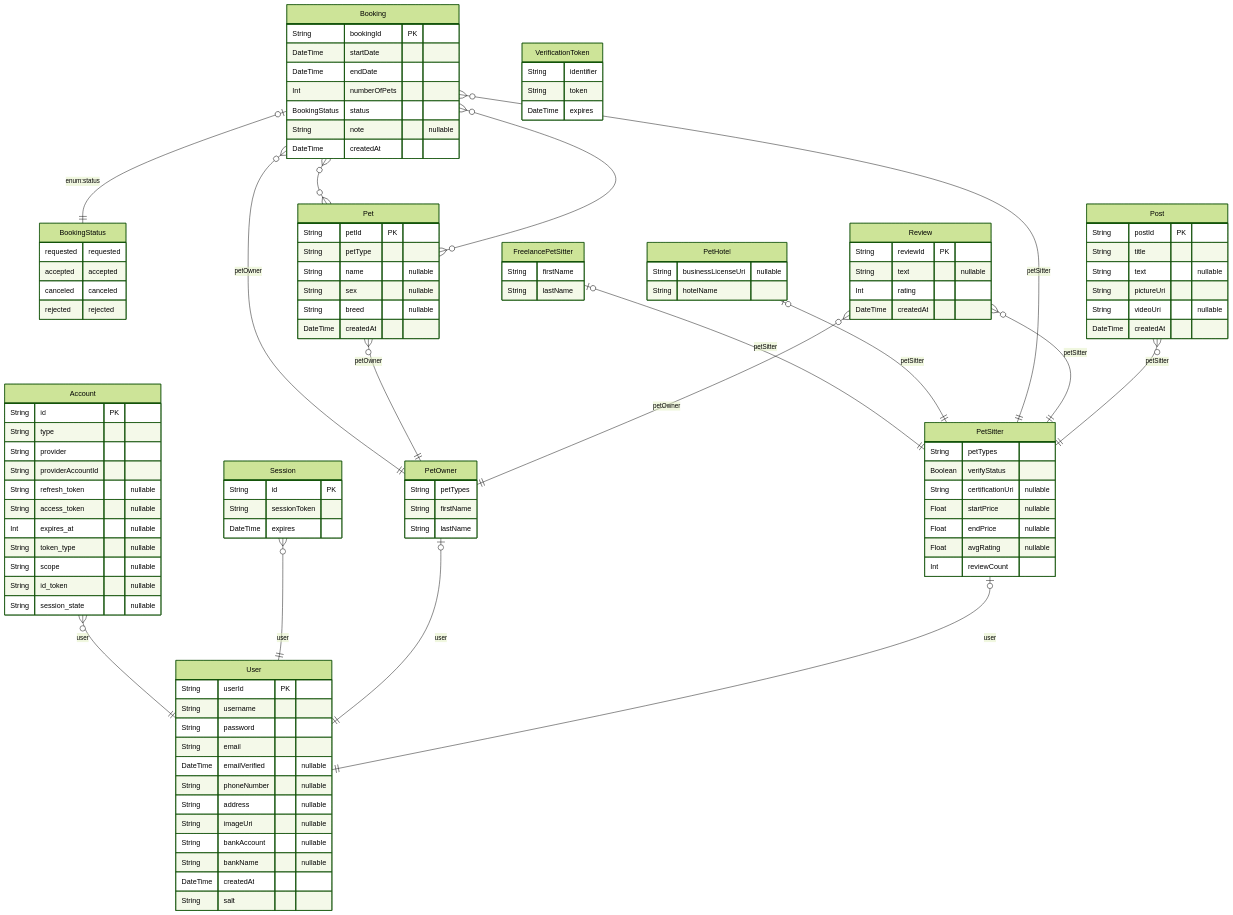
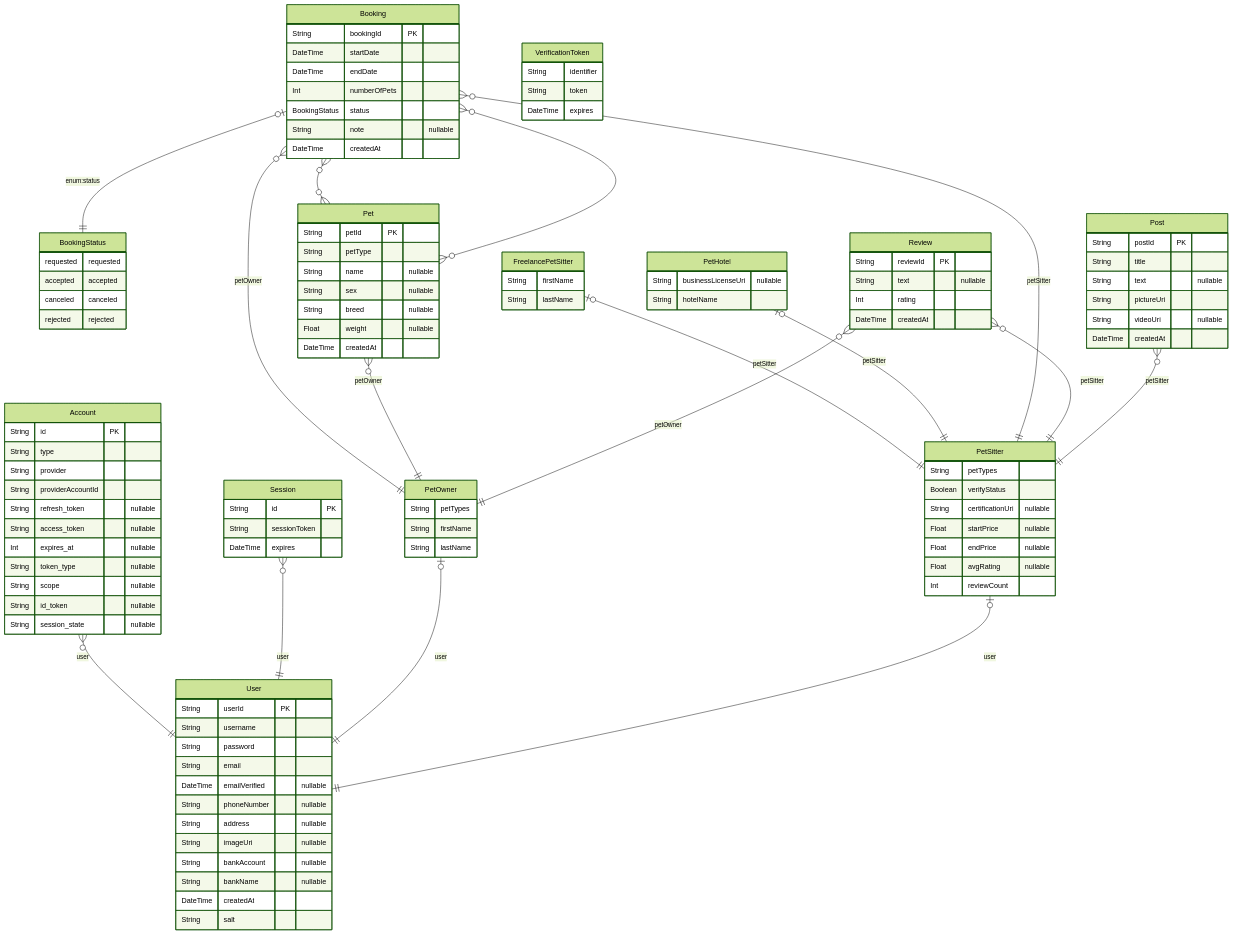
One commit to 2110336-2565-2/sec33-group2-wigglepaw changed the diagram in docs/erd.md. Above: the diagram before and after it, drawn with Mermaid (forest theme). The commit also changed 3 other files, not shown here.

```diff
--- a/docs/erd.md
+++ b/docs/erd.md
@@ -93,6 +93,7 @@
     String name  "nullable"
     String sex  "nullable"
     String breed  "nullable"
+    Float weight  "nullable"
     DateTime createdAt  
     }
   
```
